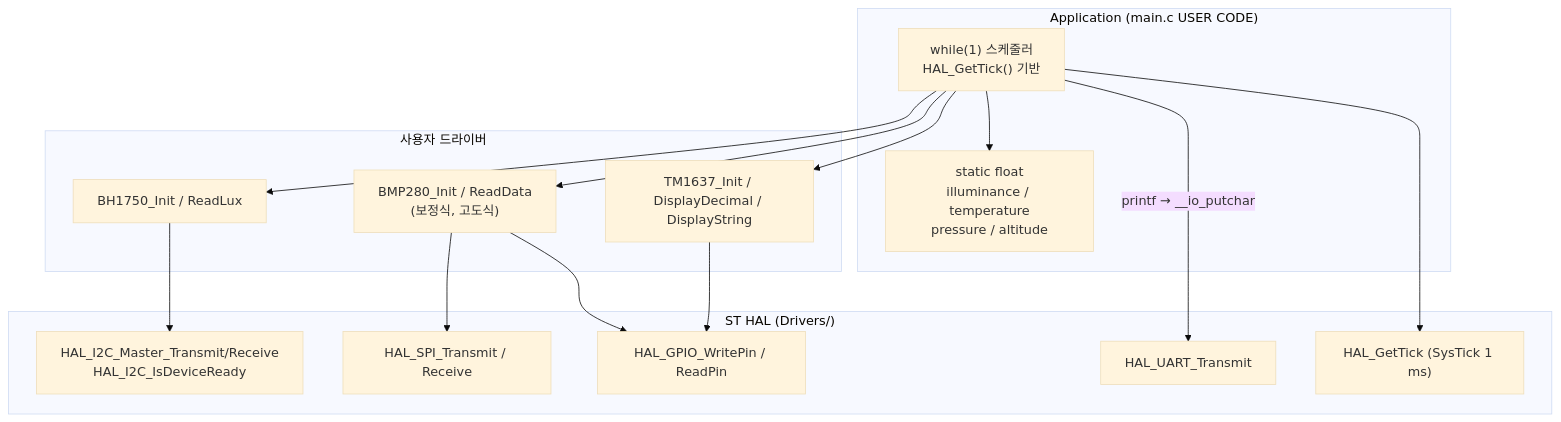
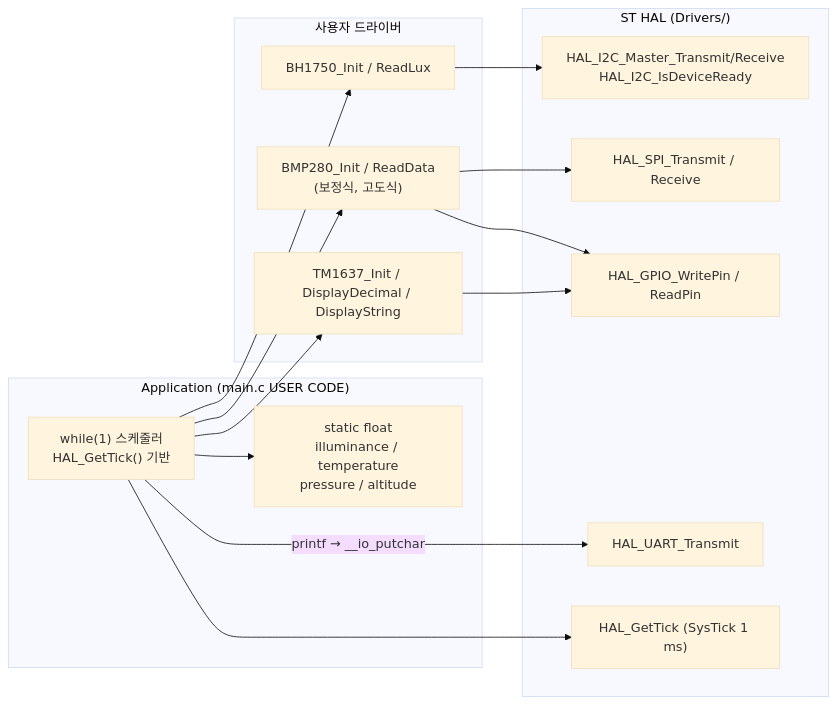
Before and after one commit to wwsw12/103RB_TM1637_BH1750_BMP280_SPI: the first of 3 diagrams in docs/01_system_architecture.md, drawn with Mermaid (base theme).

Commit message:
docs: straighten system architecture graph connections

````diff
--- a/docs/01_system_architecture.md
+++ b/docs/01_system_architecture.md
@@ -17,27 +17,27 @@
 ```mermaid
-flowchart TB
+flowchart LR
     subgraph APP["Application (main.c USER CODE)"]
         LOOP["while(1) 스케줄러<br/>HAL_GetTick() 기반"]
         VARS["static float<br/>illuminance / temperature<br/>pressure / altitude"]
     end
     subgraph DRV["사용자 드라이버"]
         BH["BH1750_Init / ReadLux"]
         BM["BMP280_Init / ReadData<br/>(보정식, 고도식)"]
         TM["TM1637_Init / DisplayDecimal / DisplayString"]
     end
     subgraph ST["ST HAL (Drivers/)"]
         I2C["HAL_I2C_Master_Transmit/Receive<br/>HAL_I2C_IsDeviceReady"]
         SPI["HAL_SPI_Transmit / Receive"]
         GPIO["HAL_GPIO_WritePin / ReadPin"]
         UART["HAL_UART_Transmit"]
         TICK["HAL_GetTick (SysTick 1 ms)"]
     end
     LOOP --> BH & BM & TM
     LOOP --> VARS
     BH --> I2C
     BM --> SPI
     BM --> GPIO
     TM --> GPIO
     LOOP -->|printf → __io_putchar| UART
     LOOP --> TICK
 ```
````
